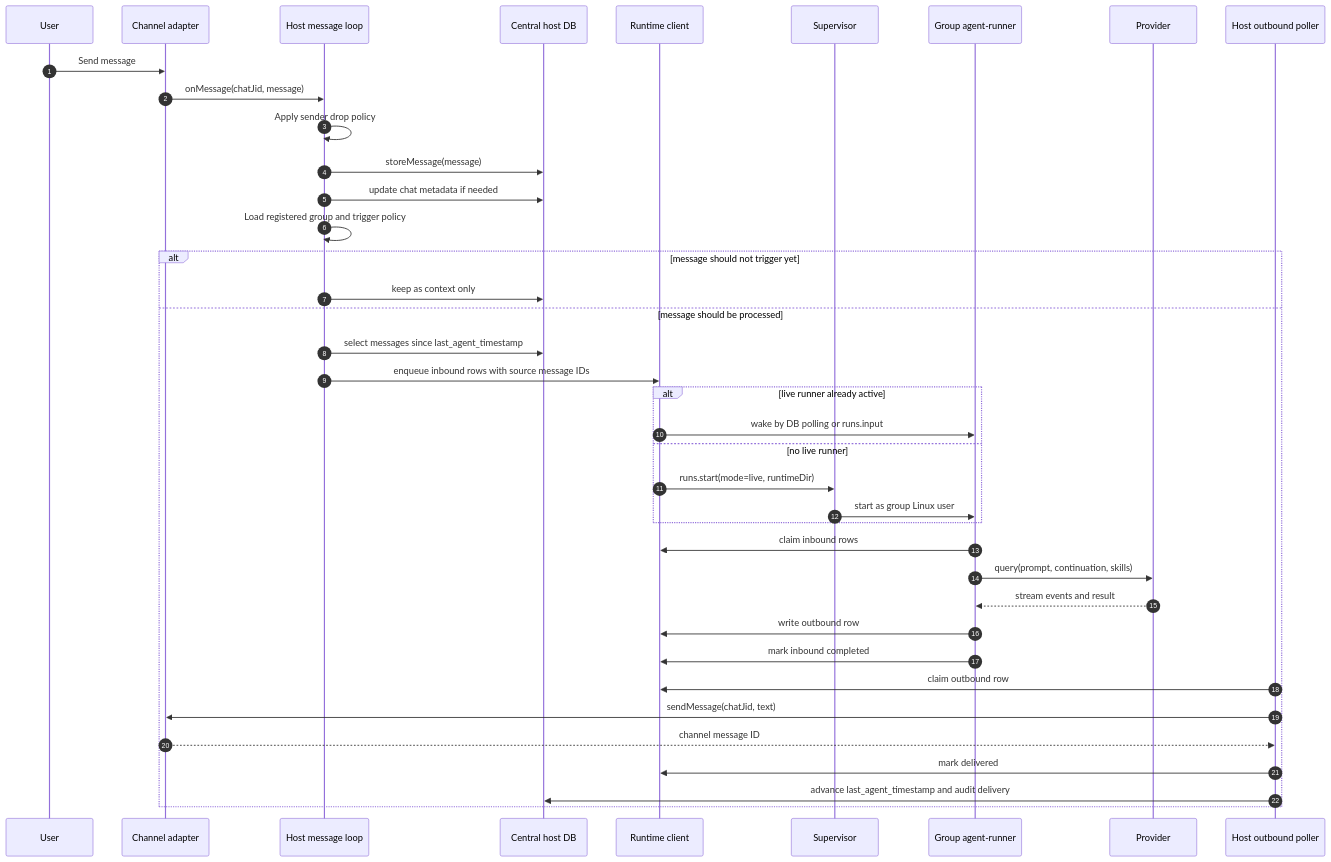
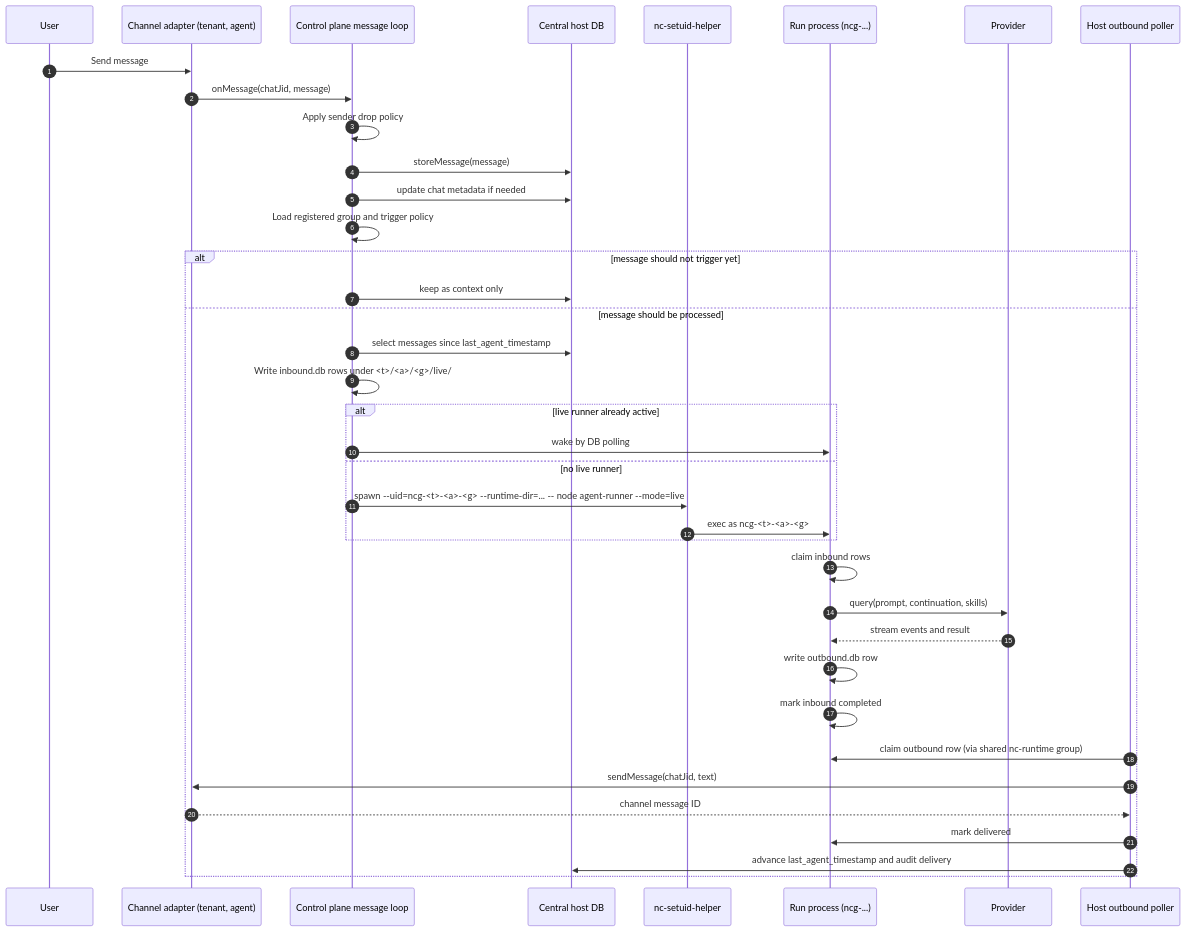
The first of 5 diagrams in docs/runtime-rework/TARGET_ARCHITECTURE_DETAILS.md (xi-qian/nanoclaw), drawn with Mermaid before and after one commit. The commit also changed other lines of this file and 18 other files, not shown here.

First line of the commit message:
docs: archive V1.x runtime-rework plan, rewrite for host-direct V2.0

````diff
--- a/docs/runtime-rework/TARGET_ARCHITECTURE_DETAILS.md
+++ b/docs/runtime-rework/TARGET_ARCHITECTURE_DETAILS.md
@@ -183,42 +277,41 @@
 ```mermaid
 sequenceDiagram
   autonumber
   participant User
-  participant Channel as Channel adapter
-  participant Host as Host message loop
+  participant Channel as Channel adapter (tenant, agent)
+  participant Host as Control plane message loop
   participant DB as Central host DB
-  participant Runtime as Runtime client
-  participant Supervisor
-  participant Runner as Group agent-runner
+  participant Helper as nc-setuid-helper
+  participant Runner as Run process (ncg-...)
   participant Provider
   participant Outbound as Host outbound poller
 
   User->>Channel: Send message
   Channel->>Host: onMessage(chatJid, message)
   Host->>Host: Apply sender drop policy
   Host->>DB: storeMessage(message)
   Host->>DB: update chat metadata if needed
   Host->>Host: Load registered group and trigger policy
   alt message should not trigger yet
     Host->>DB: keep as context only
   else message should be processed
     Host->>DB: select messages since last_agent_timestamp
-    Host->>Runtime: enqueue inbound rows with source message IDs
+    Host->>Host: Write inbound.db rows under <t>/<a>/<g>/live/
     alt live runner already active
-      Runtime->>Runner: wake by DB polling or runs.input
+      Host->>Runner: wake by DB polling
     else no live runner
-      Runtime->>Supervisor: runs.start(mode=live, runtimeDir)
-      Supervisor->>Runner: start as group Linux user
+      Host->>Helper: spawn --uid=ncg-<t>-<a>-<g> --runtime-dir=... -- node agent-runner --mode=live
+      Helper->>Runner: exec as ncg-<t>-<a>-<g>
     end
-    Runner->>Runtime: claim inbound rows
+    Runner->>Runner: claim inbound rows
     Runner->>Provider: query(prompt, continuation, skills)
     Provider-->>Runner: stream events and result
-    Runner->>Runtime: write outbound row
-    Runner->>Runtime: mark inbound completed
-    Outbound->>Runtime: claim outbound row
+    Runner->>Runner: write outbound.db row
+    Runner->>Runner: mark inbound completed
+    Outbound->>Runner: claim outbound row (via shared nc-runtime group)
     Outbound->>Channel: sendMessage(chatJid, text)
     Channel-->>Outbound: channel message ID
-    Outbound->>Runtime: mark delivered
+    Outbound->>Runner: mark delivered
     Outbound->>DB: advance last_agent_timestamp and audit delivery
   end
 ```
````
